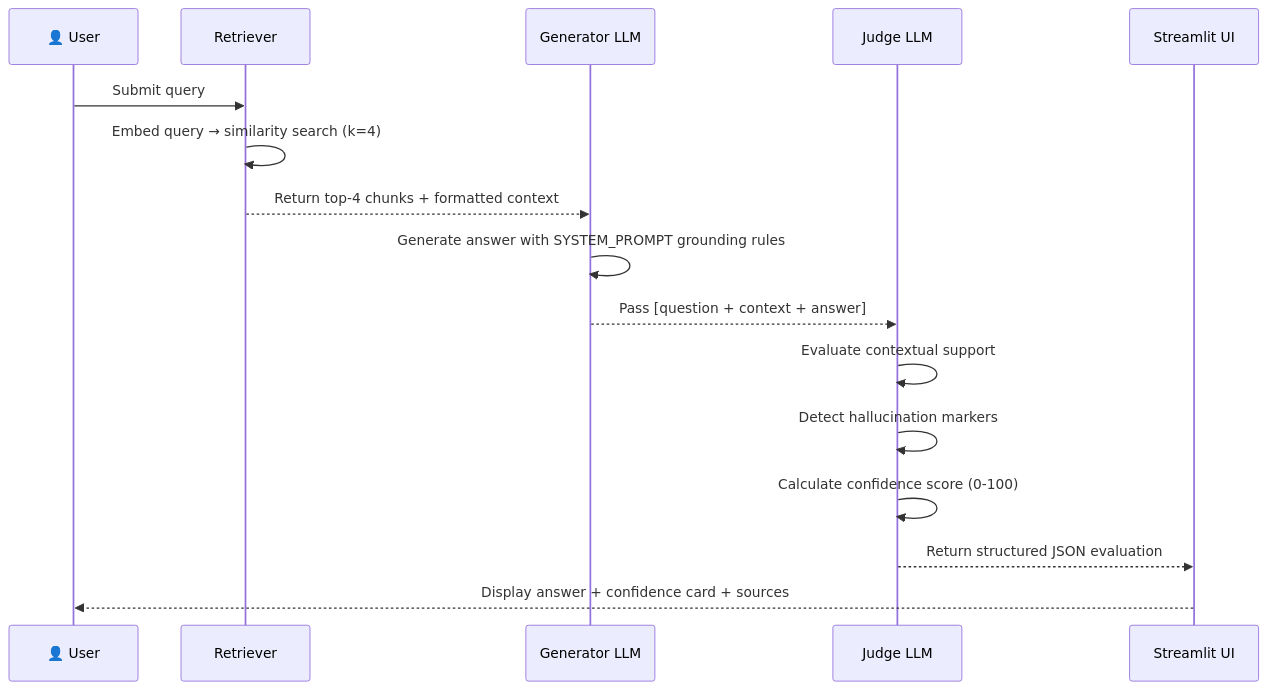
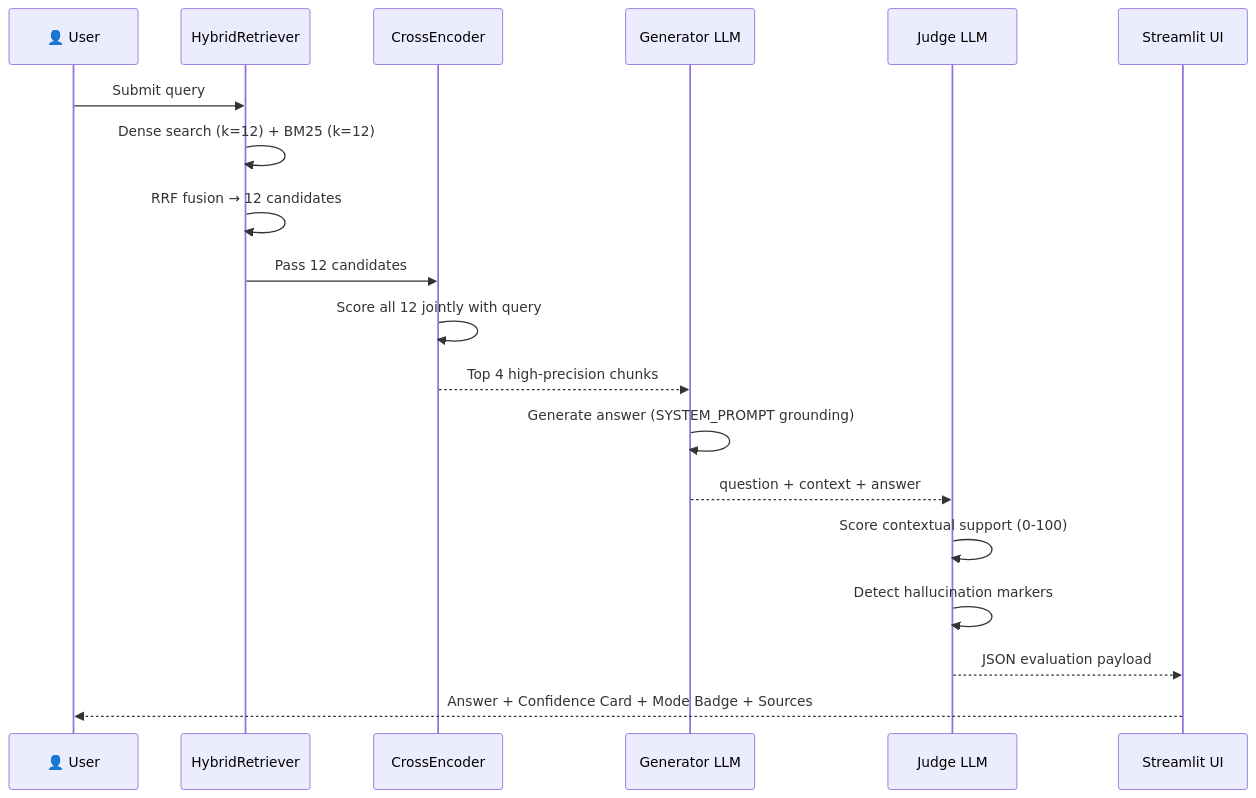
One commit to ratishoberoi/Veritas-RAG changed the fourth of 6 diagrams in README.md. Above: the diagram before and after it, drawn with Mermaid. The commit also changed other lines of this file and 2 other files, not shown here.

````diff
--- a/README.md
+++ b/README.md
@@ -146,19 +200,22 @@
 ```mermaid
 sequenceDiagram
     participant U as 👤 User
-    participant R as Retriever
+    participant H as HybridRetriever
+    participant CR as CrossEncoder
     participant G as Generator LLM
     participant J as Judge LLM
     participant UI as Streamlit UI
 
-    U->>R: Submit query
-    R->>R: Embed query → similarity search (k=4)
-    R-->>G: Return top-4 chunks + formatted context
-    G->>G: Generate answer with SYSTEM_PROMPT grounding rules
-    G-->>J: Pass [question + context + answer]
-    J->>J: Evaluate contextual support
+    U->>H: Submit query
+    H->>H: Dense search (k=12) + BM25 (k=12)
+    H->>H: RRF fusion → 12 candidates
+    H->>CR: Pass 12 candidates
+    CR->>CR: Score all 12 jointly with query
+    CR-->>G: Top 4 high-precision chunks
+    G->>G: Generate answer (SYSTEM_PROMPT grounding)
+    G-->>J: question + context + answer
+    J->>J: Score contextual support (0-100)
     J->>J: Detect hallucination markers
-    J->>J: Calculate confidence score (0-100)
-    J-->>UI: Return structured JSON evaluation
-    UI-->>U: Display answer + confidence card + sources
+    J-->>UI: JSON evaluation payload
+    UI-->>U: Answer + Confidence Card + Mode Badge + Sources
 ```
````
